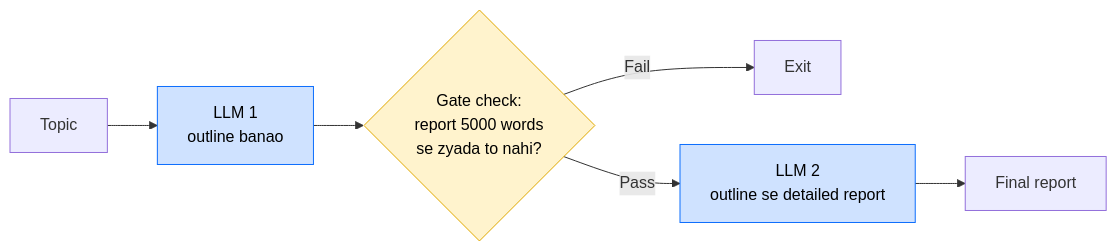
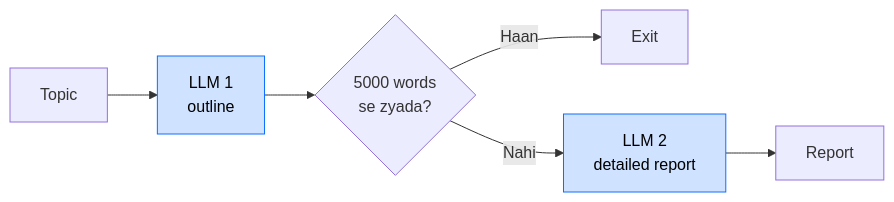
Before and after one commit to pallav2712/langGraph-campusx-notes: the fourth of 18 diagrams in V04-LangGraph core concepts/README.md, drawn with Mermaid. The commit also changed other lines of this file, not shown here.

Commit message:
v04 langGraph core concepts updated graphs and notes balanced

````diff
--- a/V04-LangGraph core concepts/README.md
+++ b/V04-LangGraph core concepts/README.md
@@ -112,11 +96,8 @@
 ```mermaid
 flowchart LR
-    T["Topic"] --> L1["LLM 1<br/>outline banao"]
-    L1 --> G{"Gate check:<br/>report 5000 words<br/>se zyada to nahi?"}
-    G -- Fail --> EX["Exit"]
-    G -- Pass --> L2["LLM 2<br/>outline se detailed report"]
-    L2 --> R["Final report"]
+    T["Topic"] --> L1["LLM 1<br/>outline"] --> G{"5000 words<br/>se zyada?"}
+    G -- "Haan" --> X["Exit"]
+    G -- "Nahi" --> L2["LLM 2<br/>detailed report"] --> R["Report"]
     style L1 fill:#cfe2ff,stroke:#0d6efd,color:#000
     style L2 fill:#cfe2ff,stroke:#0d6efd,color:#000
-    style G fill:#fff3cd,stroke:#e0a800,color:#000
 ```
````
